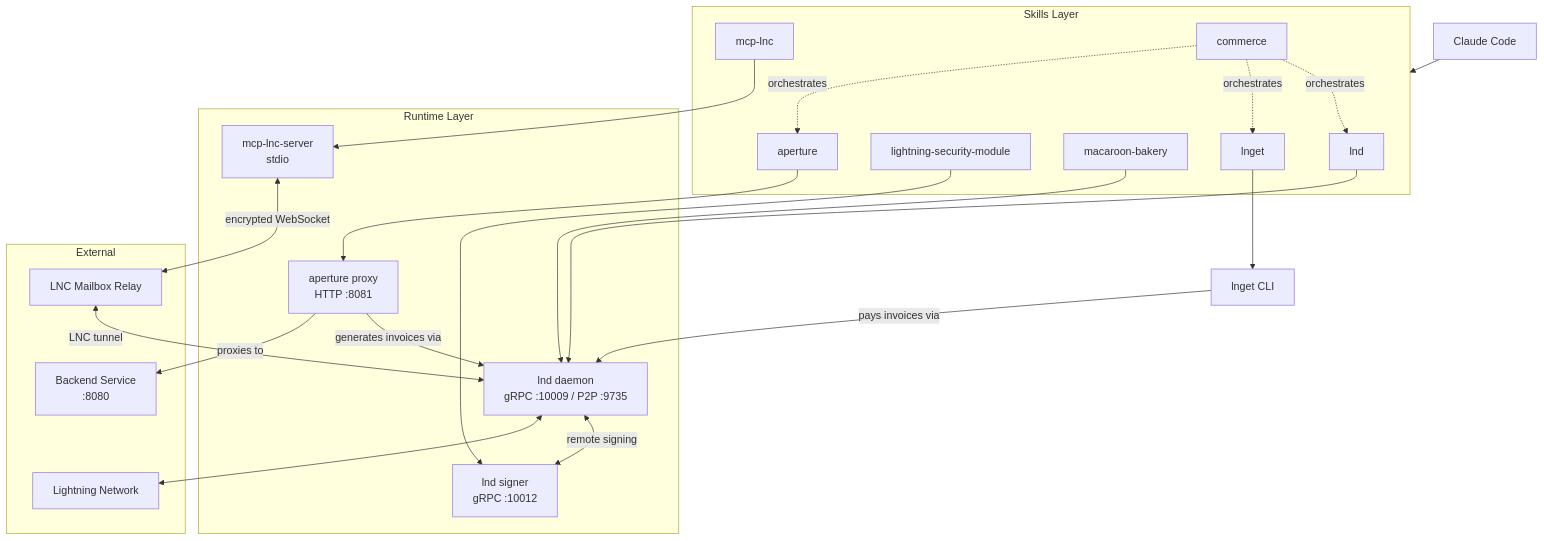
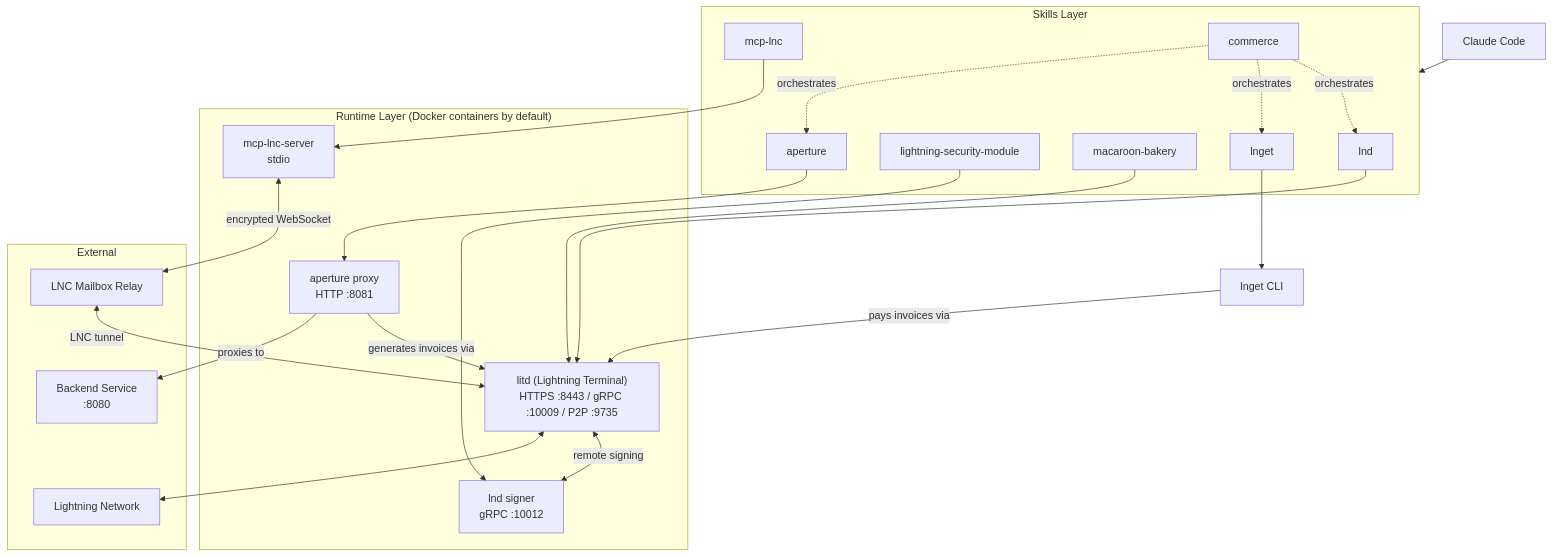
One commit to Liongrass/lightning-agent-tools changed the first of 5 diagrams in docs/architecture.md. Above: the diagram before and after it, drawn with Mermaid. The commit also changed other lines of this file and 5 other files, not shown here.

First line of the commit message:
docs: update documentation for container-first architecture

````diff
--- a/docs/architecture.md
+++ b/docs/architecture.md
@@ -19,46 +19,46 @@
 ```mermaid
 graph TD
     CC["Claude Code"] --> Skills
 
     subgraph Skills["Skills Layer"]
         lnd["lnd"]
         lsm["lightning-security-module"]
         mb["macaroon-bakery"]
         lnget_skill["lnget"]
         ap["aperture"]
         mcp["mcp-lnc"]
         com["commerce"]
     end
 
-    subgraph Daemons["Runtime Layer"]
-        lnd_daemon["lnd daemon<br/>gRPC :10009 / P2P :9735"]
+    subgraph Daemons["Runtime Layer (Docker containers by default)"]
+        lnd_daemon["litd (Lightning Terminal)<br/>HTTPS :8443 / gRPC :10009 / P2P :9735"]
         signer["lnd signer<br/>gRPC :10012"]
         aperture_daemon["aperture proxy<br/>HTTP :8081"]
         mcp_server["mcp-lnc-server<br/>stdio"]
     end
 
     subgraph External["External"]
         ln["Lightning Network"]
         mailbox["LNC Mailbox Relay"]
         backend["Backend Service<br/>:8080"]
     end
 
     lnd --> lnd_daemon
     lsm --> signer
     mb --> lnd_daemon
     lnget_skill --> lnget_cli["lnget CLI"]
     ap --> aperture_daemon
     mcp --> mcp_server
 
     lnd_daemon <-->|"remote signing"| signer
     lnd_daemon <--> ln
     lnget_cli -->|"pays invoices via"| lnd_daemon
     aperture_daemon -->|"generates invoices via"| lnd_daemon
     aperture_daemon -->|"proxies to"| backend
     mcp_server <-->|"encrypted WebSocket"| mailbox
     mailbox <-->|"LNC tunnel"| lnd_daemon
 
     com -.->|"orchestrates"| lnd
     com -.->|"orchestrates"| lnget_skill
     com -.->|"orchestrates"| ap
 ```
````
